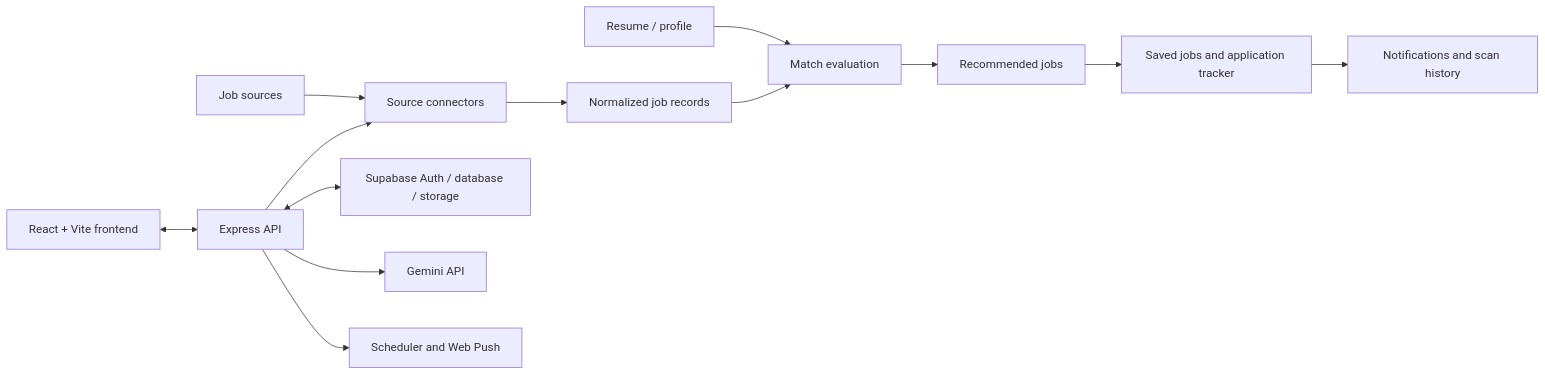
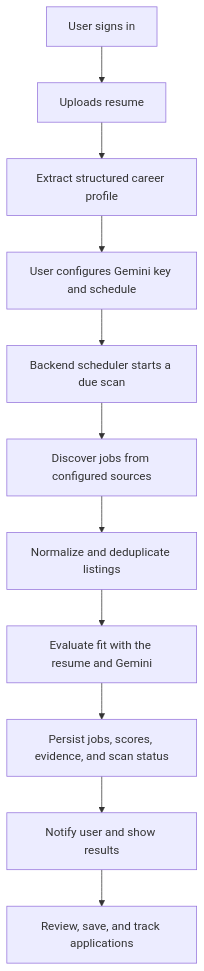
One commit to Talha-dotcom-hub/Agentic-Jobs changed the diagram in README.md. Above: the diagram before and after it, drawn with Mermaid. The commit also changed other lines of this file, not shown here.

````diff
--- a/README.md
+++ b/README.md
@@ -71,15 +81,13 @@
 ```mermaid
-flowchart LR
-    A[Job sources] --> B[Source connectors]
-    B --> C[Normalized job records]
-    D[Resume / profile] --> E[Match evaluation]
-    C --> E
-    E --> F[Recommended jobs]
-    F --> G[Saved jobs and application tracker]
-    G --> H[Notifications and scan history]
-    I[React + Vite frontend] <--> J[Express API]
-    J <--> K[Supabase Auth / database / storage]
-    J --> L[Gemini API]
-    J --> B
-    J --> M[Scheduler and Web Push]
+flowchart TD
+    A[User signs in] --> B[Uploads resume]
+    B --> C[Extract structured career profile]
+    C --> D[User configures Gemini key and schedule]
+    D --> E[Backend scheduler starts a due scan]
+    E --> F[Discover jobs from configured sources]
+    F --> G[Normalize and deduplicate listings]
+    G --> H[Evaluate fit with the resume and Gemini]
+    H --> I[Persist jobs, scores, evidence, and scan status]
+    I --> J[Notify user and show results]
+    J --> K[Review, save, and track applications]
 ```
````
